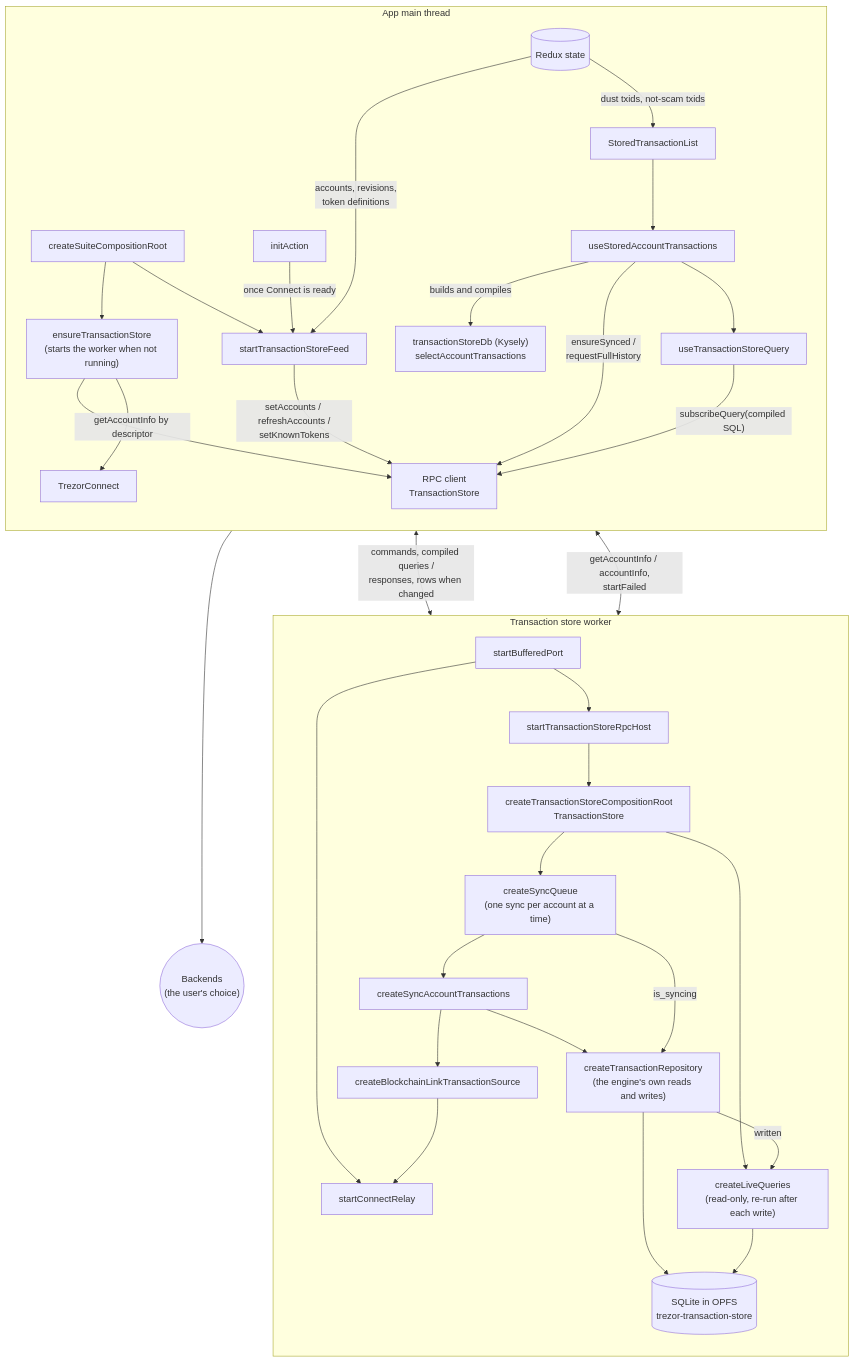
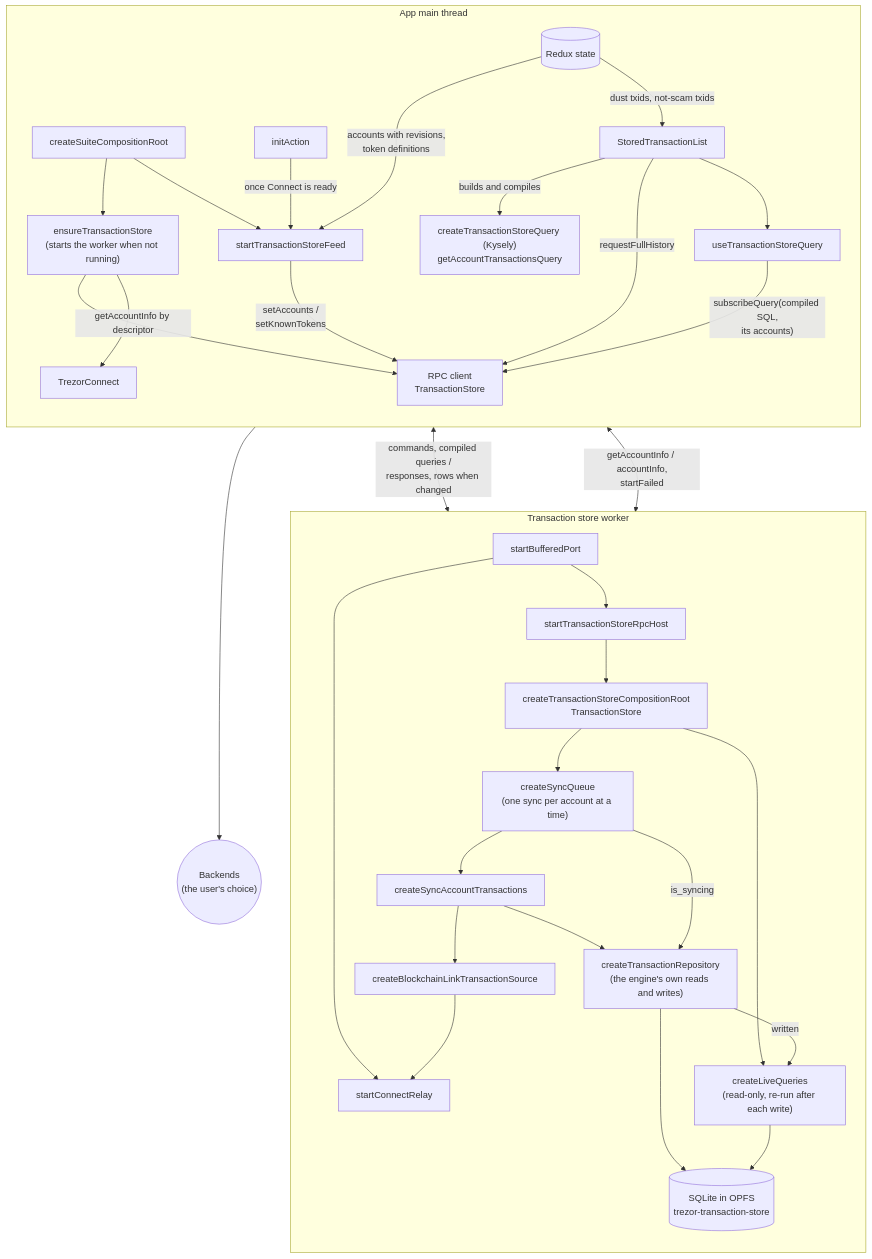
The first of 3 diagrams in suite-common/transaction-store/README.md (trezor/trezor-suite), drawn with Mermaid before and after one commit. The commit also changed other lines of this file and 20 other files, not shown here.

First line of the commit message:
refactor(transaction-store): mimic Evolu's query API and shrink the commands

````diff
--- a/suite-common/transaction-store/README.md
+++ b/suite-common/transaction-store/README.md
@@ -25,63 +28,61 @@
 ```mermaid
 flowchart TB
     subgraph main["App main thread"]
         direction TB
         redux[("Redux state")]
         root["createSuiteCompositionRoot"]
         init["initAction"]
         feed["startTransactionStoreFeed"]
         service["ensureTransactionStore<br/>(starts the worker when not running)"]
         client["RPC client<br/>TransactionStore"]
         list["StoredTransactionList"]
-        hook["useStoredAccountTransactions"]
         live["useTransactionStoreQuery"]
-        kysely["transactionStoreDb (Kysely)<br/>selectAccountTransactions"]
+        kysely["createTransactionStoreQuery (Kysely)<br/>getAccountTransactionsQuery"]
         connect["TrezorConnect"]
 
         root --> service
         root --> feed
         init -- "once Connect is ready" --> feed
-        redux -- "accounts, revisions,<br/>token definitions" --> feed
-        feed -- "setAccounts / refreshAccounts /<br/>setKnownTokens" --> client
+        redux -- "accounts with revisions,<br/>token definitions" --> feed
+        feed -- "setAccounts /<br/>setKnownTokens" --> client
         service --> client
         redux -- "dust txids, not-scam txids" --> list
-        list --> hook
-        hook -- "builds and compiles" --> kysely
-        hook -- "ensureSynced /<br/>requestFullHistory" --> client
-        hook --> live
-        live -- "subscribeQuery(compiled SQL)" --> client
+        list -- "builds and compiles" --> kysely
+        list -- "requestFullHistory" --> client
+        list --> live
+        live -- "subscribeQuery(compiled SQL,<br/>its accounts)" --> client
         service -- "getAccountInfo by descriptor" --> connect
     end
 
     subgraph worker["Transaction store worker"]
         direction TB
         port["startBufferedPort"]
         host["startTransactionStoreRpcHost"]
         relay["startConnectRelay"]
         engine["createTransactionStoreCompositionRoot<br/>TransactionStore"]
         liveQueries["createLiveQueries<br/>(read-only, re-run after each write)"]
         queue["createSyncQueue<br/>(one sync per account at a time)"]
         sync["createSyncAccountTransactions"]
         repo["createTransactionRepository<br/>(the engine's own reads and writes)"]
         source["createBlockchainLinkTransactionSource"]
         sqlite[("SQLite in OPFS<br/>trezor-transaction-store")]
 
         port --> host --> engine
         port --> relay
         engine --> queue --> sync
         engine --> liveQueries
         sync --> source
         sync --> repo
         queue -- "is_syncing" --> repo
         repo -- "written" --> liveQueries
         repo --> sqlite
         liveQueries --> sqlite
         source --> relay
     end
 
     backends(("Backends<br/>(the user's choice)"))
 
     client <-->|"commands, compiled queries /<br/>responses, rows when changed"| port
     service <-->|"getAccountInfo / accountInfo,<br/>startFailed"| port
     connect --> backends
 ```
````
